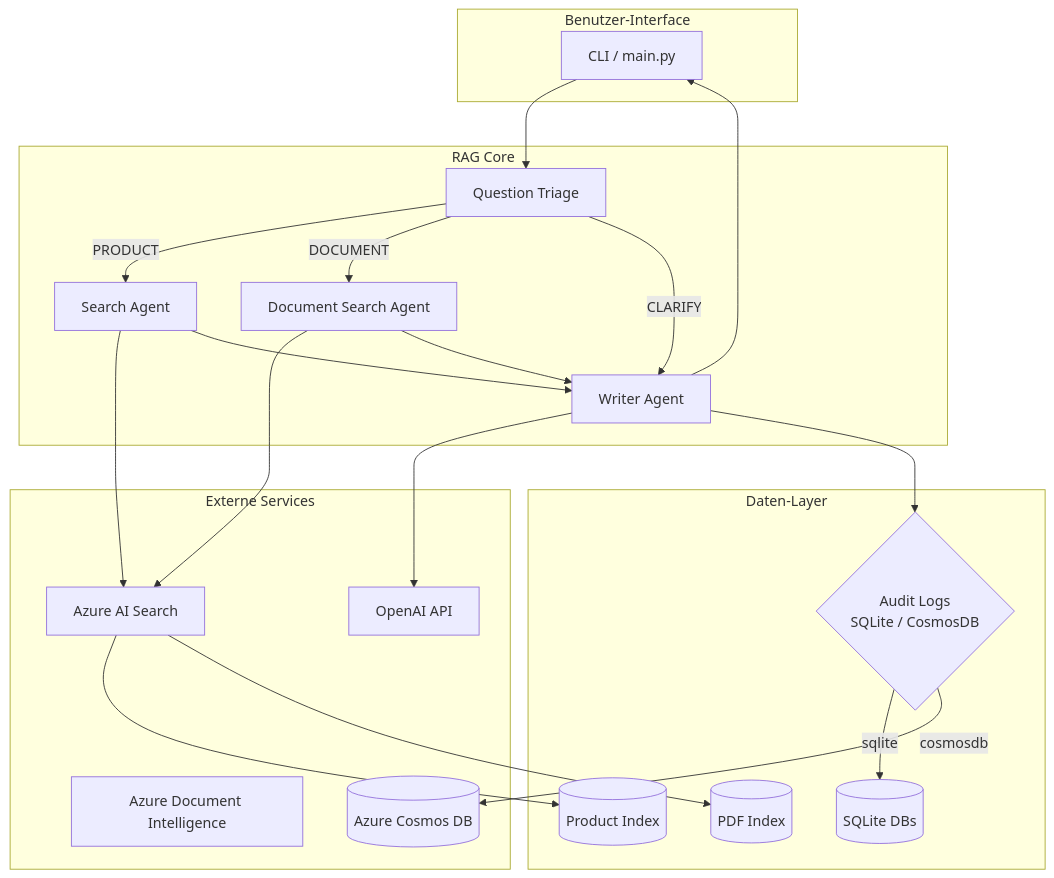
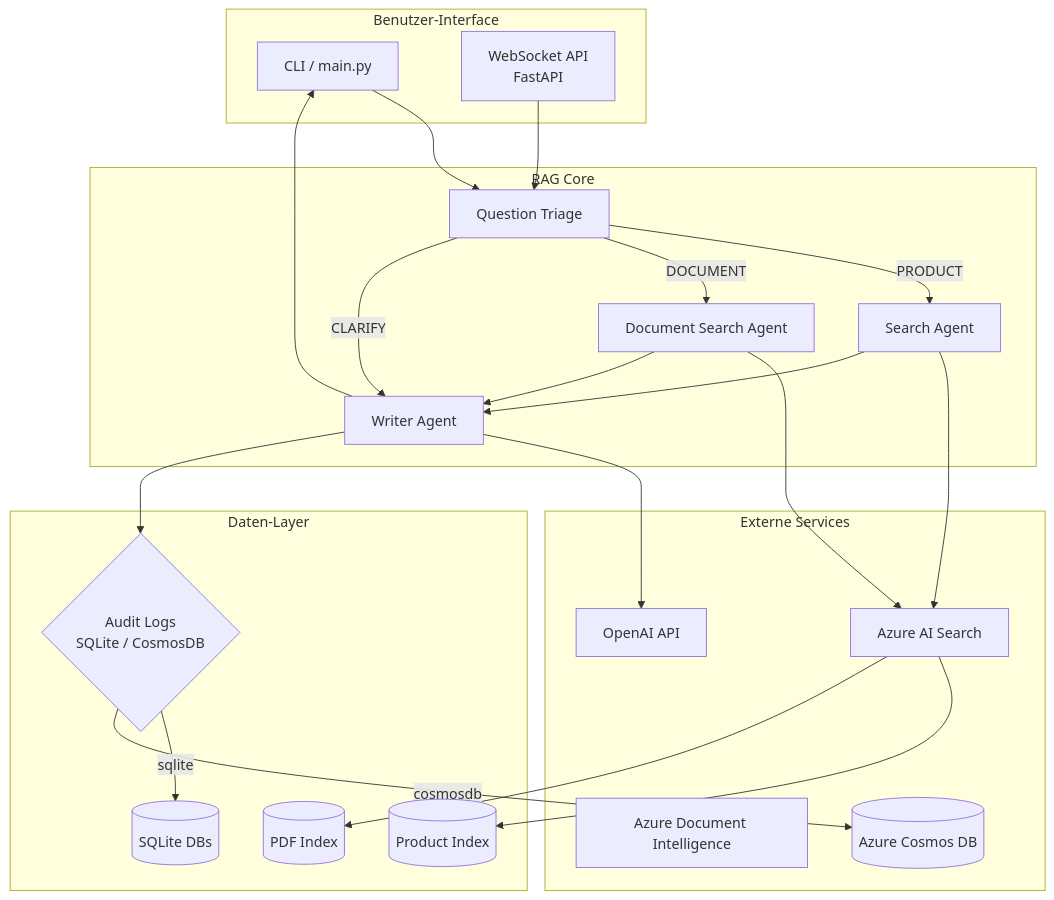
The first of 15 diagrams in README.md (LR-Argentino/RagForEnterprise), drawn with Mermaid before and after one commit. The commit also changed other lines of this file and 46 other files, not shown here.

Commit message:
add FastAPI WebSocket API for RAG chat; implement chat controller and application setup

````diff
--- a/README.md
+++ b/README.md
@@ -94,48 +101,50 @@
 ```mermaid
 graph TB
     subgraph "Benutzer-Interface"
         CLI[CLI / main.py]
+        WS[WebSocket API<br/>FastAPI]
     end
 
     subgraph "RAG Core"
         TRIAGE[Question Triage]
         SEARCH_AGENT[Search Agent]
         DOC_AGENT[Document Search Agent]
         WRITER[Writer Agent]
     end
 
     subgraph "Externe Services"
         OPENAI[OpenAI API]
         AZURE_SEARCH[Azure AI Search]
         DOC_INTEL[Azure Document Intelligence]
         COSMOS[(Azure Cosmos DB)]
     end
 
     subgraph "Daten-Layer"
         PRODUCT_IDX[(Product Index)]
         PDF_IDX[(PDF Index)]
         SQLITE[(SQLite DBs)]
         AUDIT{Audit Logs<br/>SQLite / CosmosDB}
     end
 
     CLI --> TRIAGE
+    WS --> TRIAGE
     TRIAGE -->|PRODUCT| SEARCH_AGENT
     TRIAGE -->|DOCUMENT| DOC_AGENT
     TRIAGE -->|CLARIFY| WRITER
 
     SEARCH_AGENT --> AZURE_SEARCH
     DOC_AGENT --> AZURE_SEARCH
 
     AZURE_SEARCH --> PRODUCT_IDX
     AZURE_SEARCH --> PDF_IDX
 
     SEARCH_AGENT --> WRITER
     DOC_AGENT --> WRITER
 
     WRITER --> OPENAI
     WRITER --> CLI
 
     WRITER --> AUDIT
     AUDIT -->|sqlite| SQLITE
     AUDIT -->|cosmosdb| COSMOS
 ```
````
